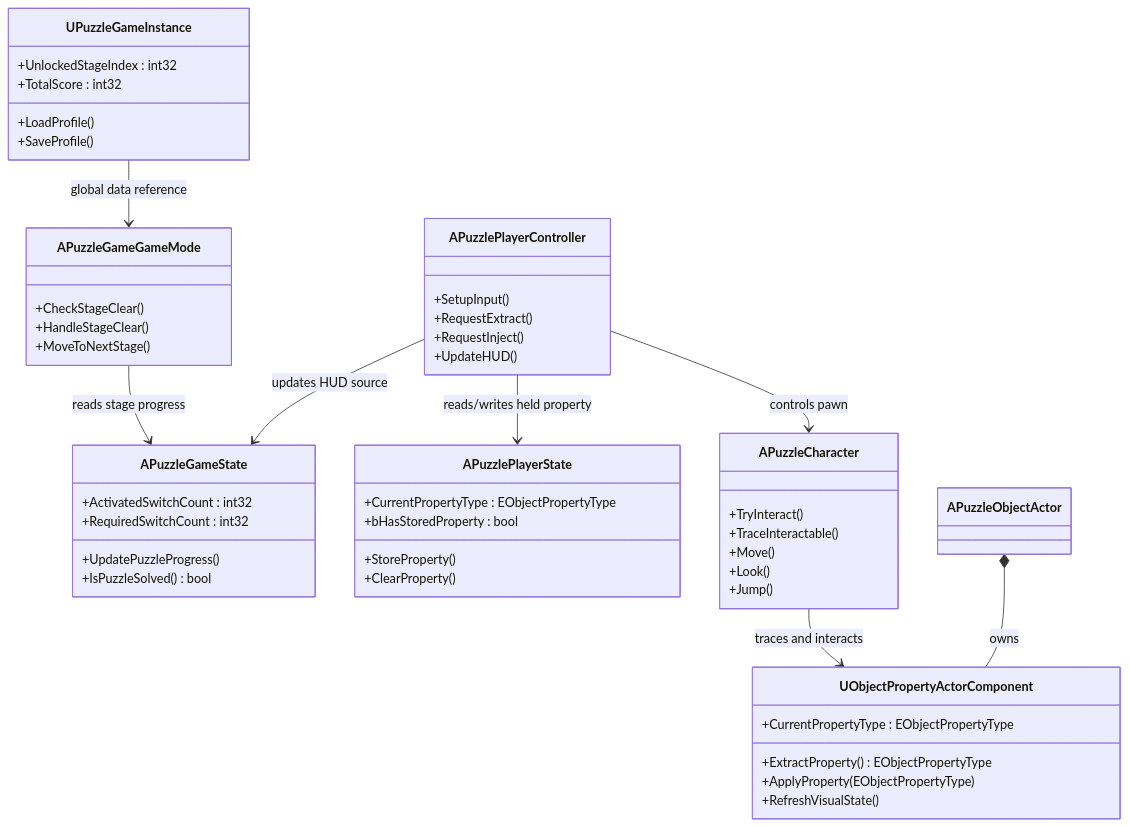
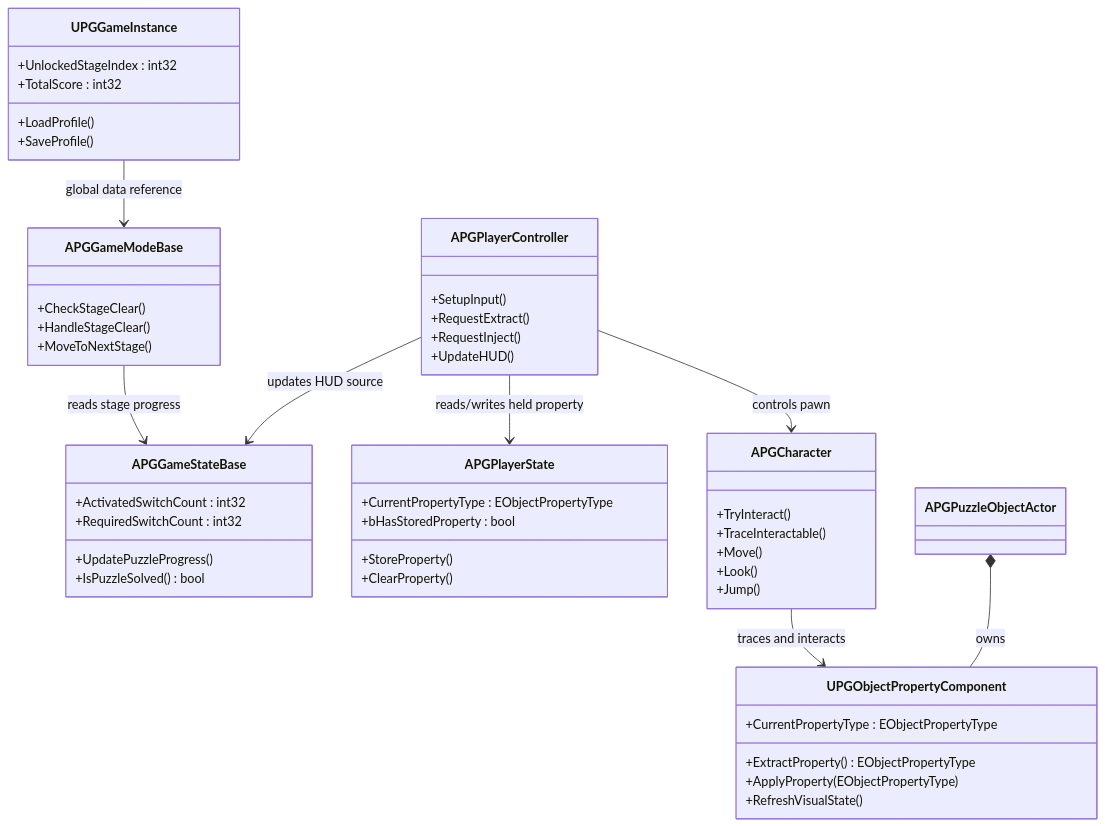
The first of 2 diagrams in Docs/architecture-plan.md (DJKIM2002/nbc-platformer-puzzle), drawn with Mermaid before and after one commit. The commit also changed other lines of this file and 31 other files, not shown here.

````diff
--- a/Docs/architecture-plan.md
+++ b/Docs/architecture-plan.md
@@ -17,62 +17,62 @@
 ```mermaid
 classDiagram
-    class UPuzzleGameInstance {
+    class UPGGameInstance {
         +UnlockedStageIndex : int32
         +TotalScore : int32
         +LoadProfile()
         +SaveProfile()
     }
 
-    class APuzzleGameGameMode {
+    class APGGameModeBase {
         +CheckStageClear()
         +HandleStageClear()
         +MoveToNextStage()
     }
 
-    class APuzzleGameState {
+    class APGGameStateBase {
         +ActivatedSwitchCount : int32
         +RequiredSwitchCount : int32
         +UpdatePuzzleProgress()
         +IsPuzzleSolved() bool
     }
 
-    class APuzzlePlayerState {
+    class APGPlayerState {
         +CurrentPropertyType : EObjectPropertyType
         +bHasStoredProperty : bool
         +StoreProperty()
         +ClearProperty()
     }
 
-    class APuzzlePlayerController {
+    class APGPlayerController {
         +SetupInput()
         +RequestExtract()
         +RequestInject()
         +UpdateHUD()
     }
 
-    class APuzzleCharacter {
+    class APGCharacter {
         +TryInteract()
         +TraceInteractable()
         +Move()
         +Look()
         +Jump()
     }
 
-    class UObjectPropertyActorComponent {
+    class UPGObjectPropertyComponent {
         +CurrentPropertyType : EObjectPropertyType
         +ExtractProperty() EObjectPropertyType
         +ApplyProperty(EObjectPropertyType)
         +RefreshVisualState()
     }
 
-    class APuzzleObjectActor {
+    class APGPuzzleObjectActor {
     }
 
-    UPuzzleGameInstance --> APuzzleGameGameMode : global data reference
-    APuzzleGameGameMode --> APuzzleGameState : reads stage progress
-    APuzzlePlayerController --> APuzzleCharacter : controls pawn
-    APuzzlePlayerController --> APuzzlePlayerState : reads/writes held property
-    APuzzlePlayerController --> APuzzleGameState : updates HUD source
-    APuzzleCharacter --> UObjectPropertyActorComponent : traces and interacts
-    APuzzleObjectActor *-- UObjectPropertyActorComponent : owns
+    UPGGameInstance --> APGGameModeBase : global data reference
+    APGGameModeBase --> APGGameStateBase : reads stage progress
+    APGPlayerController --> APGCharacter : controls pawn
+    APGPlayerController --> APGPlayerState : reads/writes held property
+    APGPlayerController --> APGGameStateBase : updates HUD source
+    APGCharacter --> UPGObjectPropertyComponent : traces and interacts
+    APGPuzzleObjectActor *-- UPGObjectPropertyComponent : owns
 ```
````
